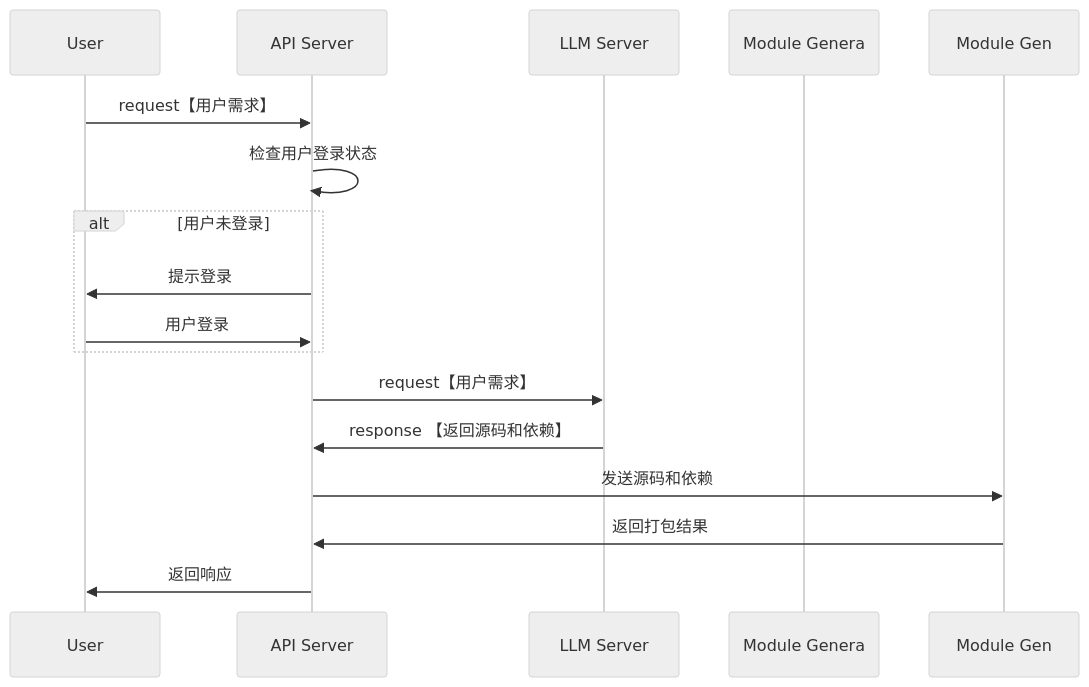
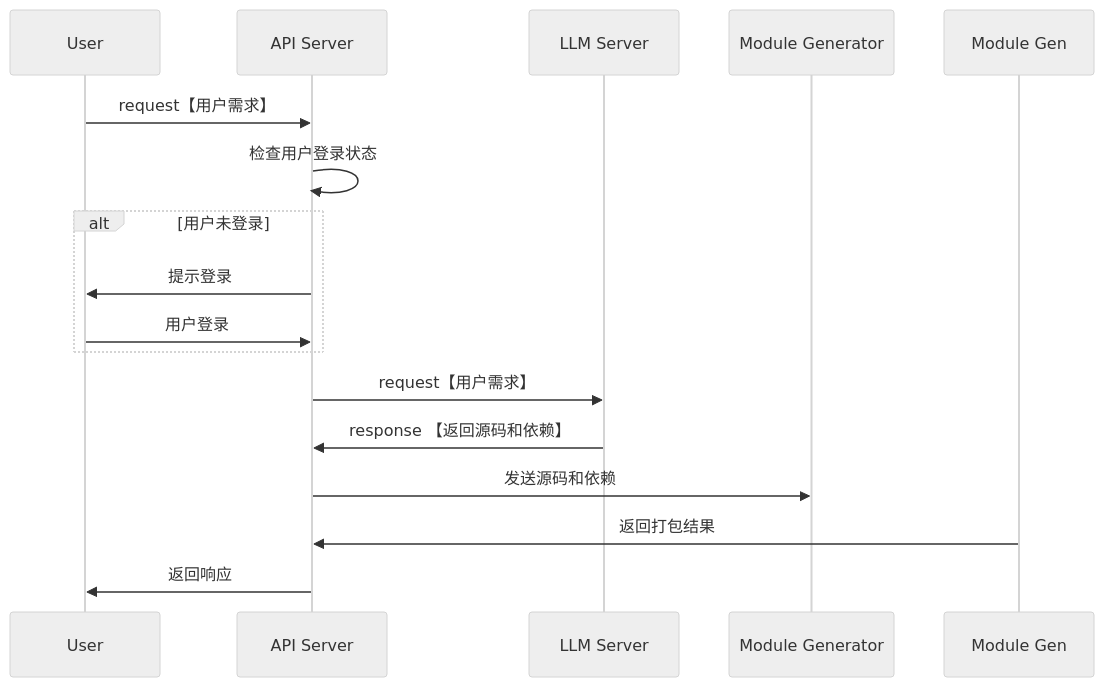
One commit to yingjianzh/iodraw-files changed the diagram in all/未命名-7.md. Above: the diagram before and after it, drawn with Mermaid (neutral theme).

Commit message:
2024-10-08 15:38:36 update

````diff
--- a/all/未命名-7.md
+++ b/all/未命名-7.md
@@ -1,23 +1,23 @@
 ```mermaid
 sequenceDiagram
     participant User
     participant API Server
     participant LLM Server
-    participant Module Genera
+    participant Module Generator
 
     User->>API Server: request【用户需求】
     API Server->>API Server: 检查用户登录状态
     alt 用户未登录
         API Server->>User: 提示登录
         User->>API Server: 用户登录
     end
 
     API Server->>LLM Server: request【用户需求】
     LLM Server->>API Server: response 【返回源码和依赖】
 
-    API Server->>Module Gen: 发送源码和依赖
+    API Server->>Module Generator: 发送源码和依赖
     Module Gen->>API Server: 返回打包结果
 
     API Server->>User: 返回响应
 
 ```
````
